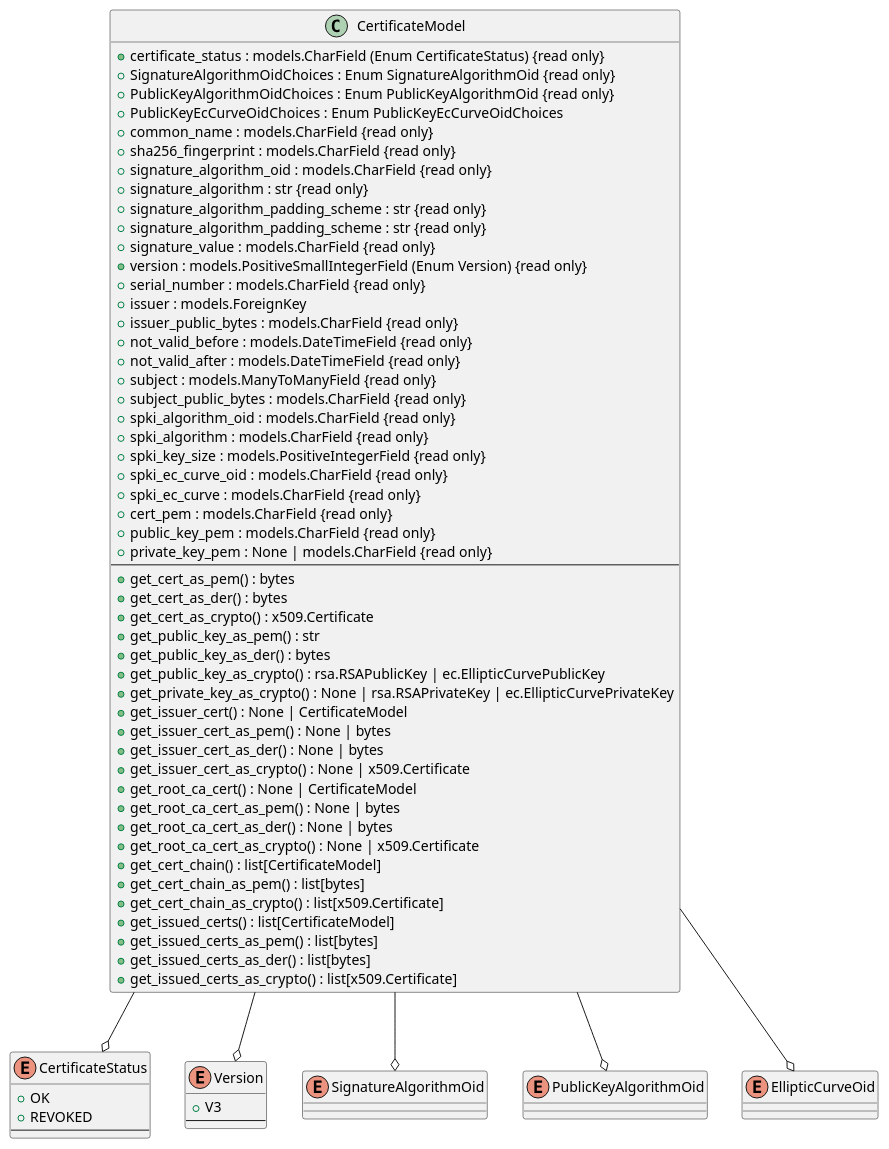
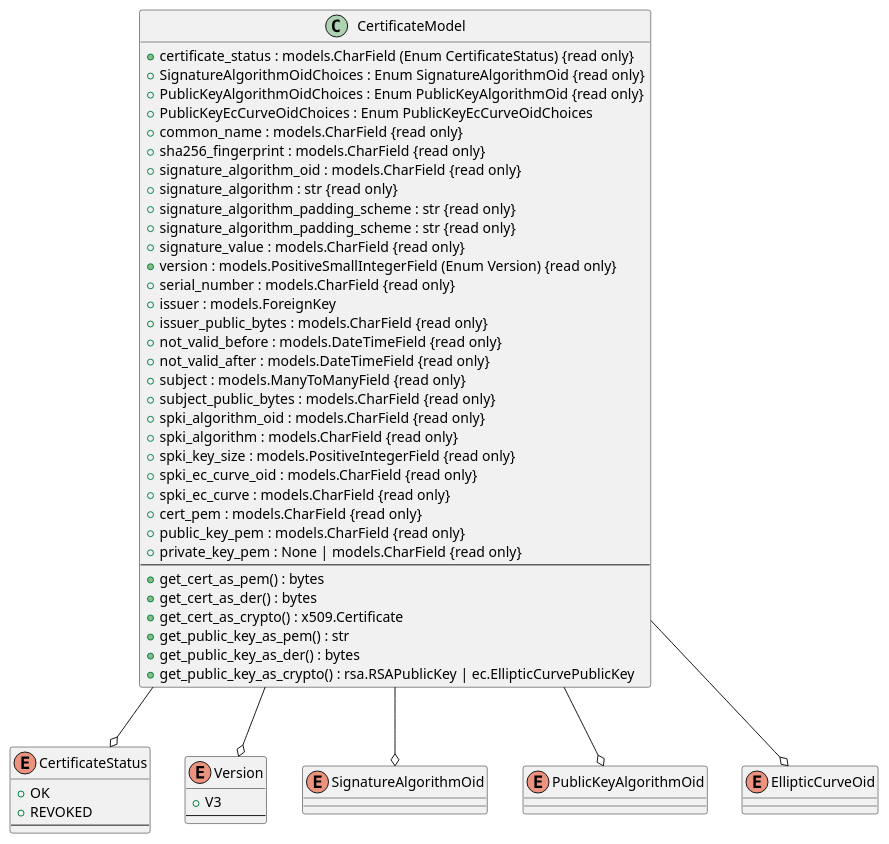
One commit to TrustPoint-Project/trustpoint changed the second of 6 diagrams in docs/source/pki_models.rst. Above: the diagram before and after it, drawn with PlantUML. The commit also changed 14 other files, not shown here.

```diff
--- a/docs/source/pki_models.rst
+++ b/docs/source/pki_models.rst
@@ -30,76 +30,60 @@
 .. uml::
     :align: center
 
     enum CertificateStatus {
         +OK
         +REVOKED
         --
     }
 
     enum Version {
         +V3
         --
     }
 
     enum SignatureAlgorithmOid
     enum PublicKeyAlgorithmOid
     enum EllipticCurveOid
 
     class CertificateModel {
         +certificate_status : models.CharField (Enum CertificateStatus) {read only}
         +SignatureAlgorithmOidChoices : Enum SignatureAlgorithmOid {read only}
         +PublicKeyAlgorithmOidChoices : Enum PublicKeyAlgorithmOid {read only}
         +PublicKeyEcCurveOidChoices : Enum PublicKeyEcCurveOidChoices
         +common_name : models.CharField {read only}
         +sha256_fingerprint : models.CharField {read only}
         +signature_algorithm_oid : models.CharField {read only}
         +signature_algorithm : str {read only}
         +signature_algorithm_padding_scheme : str {read only}
         +signature_algorithm_padding_scheme : str {read only}
         +signature_value : models.CharField {read only}
         +version : models.PositiveSmallIntegerField (Enum Version) {read only}
         +serial_number : models.CharField {read only}
         +issuer : models.ForeignKey
         +issuer_public_bytes : models.CharField {read only}
         +not_valid_before : models.DateTimeField {read only}
         +not_valid_after : models.DateTimeField {read only}
         +subject : models.ManyToManyField {read only}
         +subject_public_bytes : models.CharField {read only}
         +spki_algorithm_oid : models.CharField {read only}
         +spki_algorithm : models.CharField {read only}
         +spki_key_size : models.PositiveIntegerField {read only}
         +spki_ec_curve_oid : models.CharField {read only}
         +spki_ec_curve : models.CharField {read only}
         +cert_pem : models.CharField {read only}
         +public_key_pem : models.CharField {read only}
         +private_key_pem : None | models.CharField {read only}
         --
         +get_cert_as_pem() : bytes
         +get_cert_as_der() : bytes
         +get_cert_as_crypto() : x509.Certificate
         +get_public_key_as_pem() : str
         +get_public_key_as_der() : bytes
         +get_public_key_as_crypto() : rsa.RSAPublicKey | ec.EllipticCurvePublicKey
-        +get_private_key_as_crypto() : None | rsa.RSAPrivateKey | ec.EllipticCurvePrivateKey
-        +get_issuer_cert() : None | CertificateModel
-        +get_issuer_cert_as_pem() : None | bytes
-        +get_issuer_cert_as_der() : None | bytes
-        +get_issuer_cert_as_crypto() : None | x509.Certificate
-        +get_root_ca_cert() : None | CertificateModel
-        +get_root_ca_cert_as_pem() : None | bytes
-        +get_root_ca_cert_as_der() : None | bytes
-        +get_root_ca_cert_as_crypto() : None | x509.Certificate
-        +get_cert_chain() : list[CertificateModel]
-        +get_cert_chain_as_pem() : list[bytes]
-        +get_cert_chain_as_crypto() : list[x509.Certificate]
-        +get_issued_certs() : list[CertificateModel]
-        +get_issued_certs_as_pem() : list[bytes]
-        +get_issued_certs_as_der() : list[bytes]
-        +get_issued_certs_as_crypto() : list[x509.Certificate]
     }
 
     CertificateModel --o CertificateStatus
     CertificateModel --o Version
     CertificateModel --o SignatureAlgorithmOid
     CertificateModel --o PublicKeyAlgorithmOid
     CertificateModel --o EllipticCurveOid
```
